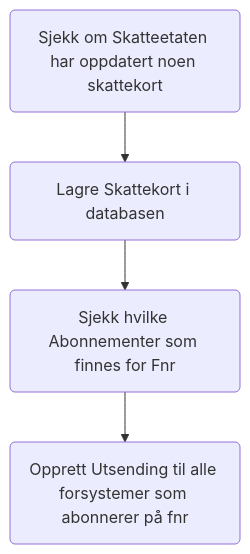
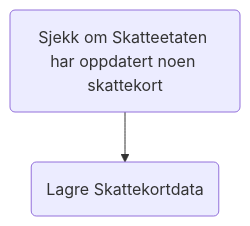
Before and after one commit to navikt/sokos-skattekort: the eighth of 9 diagrams in dokumentasjon/arkitektur/workflows.md, drawn with Mermaid. The commit also changed other lines of this file and 6 other files, not shown here.

Commit message:
TOB-6796 Endrer på statuser pga vi har tatt flere forsystemer og inntektsaar i betraktning

````diff
--- a/dokumentasjon/arkitektur/workflows.md
+++ b/dokumentasjon/arkitektur/workflows.md
@@ -89,6 +95,4 @@
 ```mermaid
 flowchart TD
-    SKD(Sjekk om Skatteetaten har oppdatert noen skattekort) --> L(Lagre Skattekort i databasen)
-    L --> A(Sjekk hvilke Abonnementer som finnes for Fnr)
-    A --> U(Opprett Utsending til alle forsystemer som abonnerer på fnr)
+    SKD(Sjekk om Skatteetaten har oppdatert noen skattekort) --> L(Lagre Skattekortdata)
 ```
````
